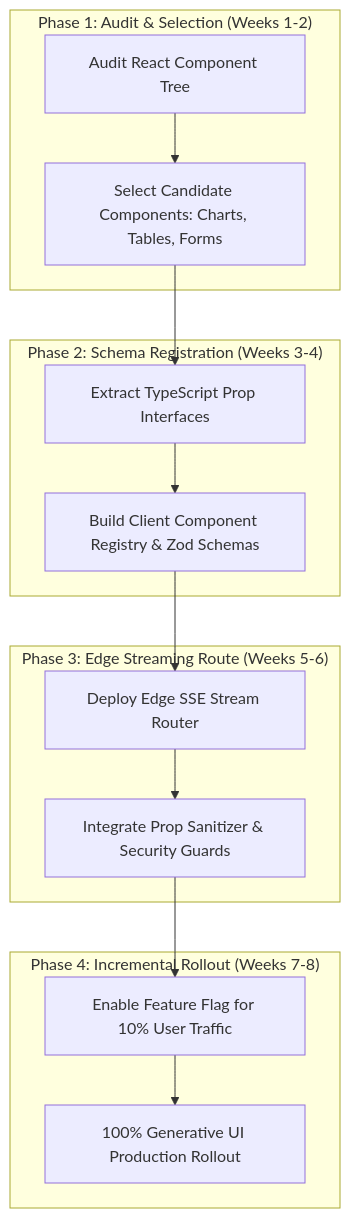
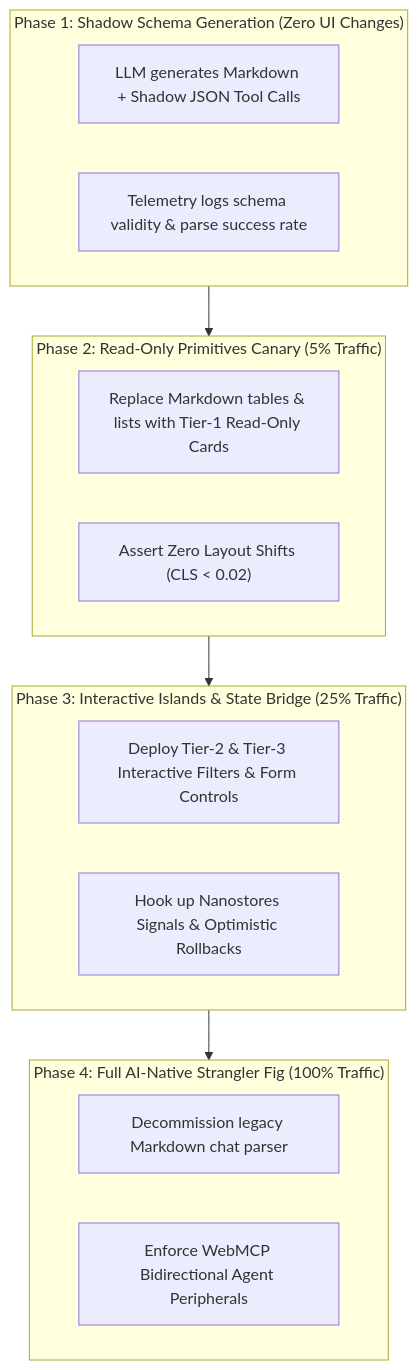
One commit to vesviet/vesviet changed the first of 5 diagrams in content/series/generative-ui-architecture/part-7-reference-repo-migration.md. Above: the diagram before and after it, drawn with Mermaid. The commit also changed other lines of this file and 28 other files, not shown here.

Commit message:
feat(content): upgrade generative-ui-architecture series to 2027 SOTA masterclass & publish deep research dossiers

````diff
--- a/content/series/generative-ui-architecture/part-7-reference-repo-migration.md
+++ b/content/series/generative-ui-architecture/part-7-reference-repo-migration.md
@@ -47,21 +39,24 @@
 ```mermaid
-graph TD
-    subgraph Phase_1 ["Phase 1: Audit & Selection  (Weeks 1-2)"]
-        P1["Audit React Component Tree"] --> SelectCandidates["Select Candidate Components: Charts, Tables, Forms"]
+flowchart TD
+    subgraph Phase1 ["Phase 1: Shadow Schema Generation (Zero UI Changes)"]
+        P1A["LLM generates Markdown + Shadow JSON Tool Calls"]
+        P1B["Telemetry logs schema validity & parse success rate"]
     end
 
-    subgraph Phase_2 ["Phase 2: Schema Registration  (Weeks 3-4)"]
-        SelectCandidates --> ExtractTS["Extract TypeScript Prop Interfaces"]
-        ExtractTS --> CreateRegistry["Build Client Component Registry & Zod Schemas"]
+    subgraph Phase2 ["Phase 2: Read-Only Primitives Canary (5% Traffic)"]
+        P2A["Replace Markdown tables & lists with Tier-1 Read-Only Cards"]
+        P2B["Assert Zero Layout Shifts (CLS < 0.02)"]
     end
 
-    subgraph Phase_3 ["Phase 3: Edge Streaming Route  (Weeks 5-6)"]
-        CreateRegistry --> DeployEdge["Deploy Edge SSE Stream Router"]
-        DeployEdge --> SecSanitizer["Integrate Prop Sanitizer & Security Guards"]
+    subgraph Phase3 ["Phase 3: Interactive Islands & State Bridge (25% Traffic)"]
+        P3A["Deploy Tier-2 & Tier-3 Interactive Filters & Form Controls"]
+        P3B["Hook up Nanostores Signals & Optimistic Rollbacks"]
     end
 
-    subgraph Phase_4 ["Phase 4: Incremental Rollout  (Weeks 7-8)"]
-        SecSanitizer --> FeatureFlag["Enable Feature Flag for 10% User Traffic"]
-        FeatureFlag --> FullGenUI["100% Generative UI Production Rollout"]
+    subgraph Phase4 ["Phase 4: Full AI-Native Strangler Fig (100% Traffic)"]
+        P4A["Decommission legacy Markdown chat parser"]
+        P4B["Enforce WebMCP Bidirectional Agent Peripherals"]
     end
+
+    Phase1 --> Phase2 --> Phase3 --> Phase4
 ```
````
